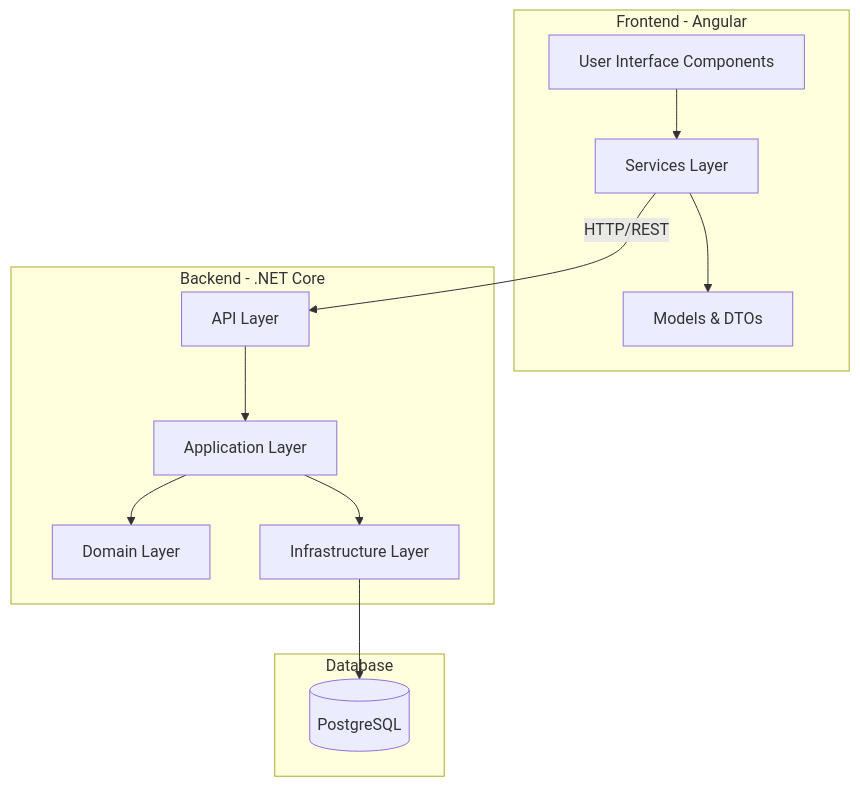
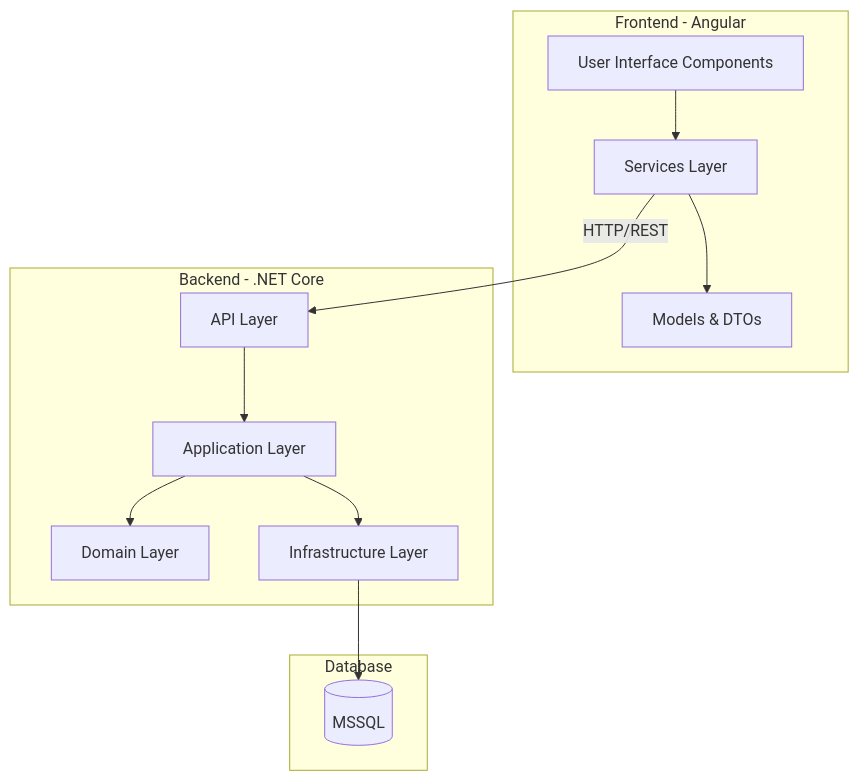
Before and after one commit to AboubacarSow/yazlab-proje-II: the eighth of 17 diagrams in README.md, drawn with Mermaid. The commit also changed other lines of this file, not shown here.

````diff
--- a/README.md
+++ b/README.md
@@ -332,27 +332,27 @@
 ```mermaid
 graph TB
     subgraph Frontend[Frontend - Angular]
         UI[User Interface Components]
         Services[Services Layer]
         Models[Models & DTOs]
     end
     
     subgraph Backend[Backend - .NET Core]
         API[API Layer]
         Application[Application Layer]
         Domain[Domain Layer]
         Infrastructure[Infrastructure Layer]
     end
     
     subgraph Database[Database]
-        DB[(PostgreSQL)]
+        DB[(MSSQL)]
     end
     
     UI --> Services
     Services --> Models
     Services -->|HTTP/REST| API
     API --> Application
     Application --> Domain
     Application --> Infrastructure
     Infrastructure --> DB
 ```
````
